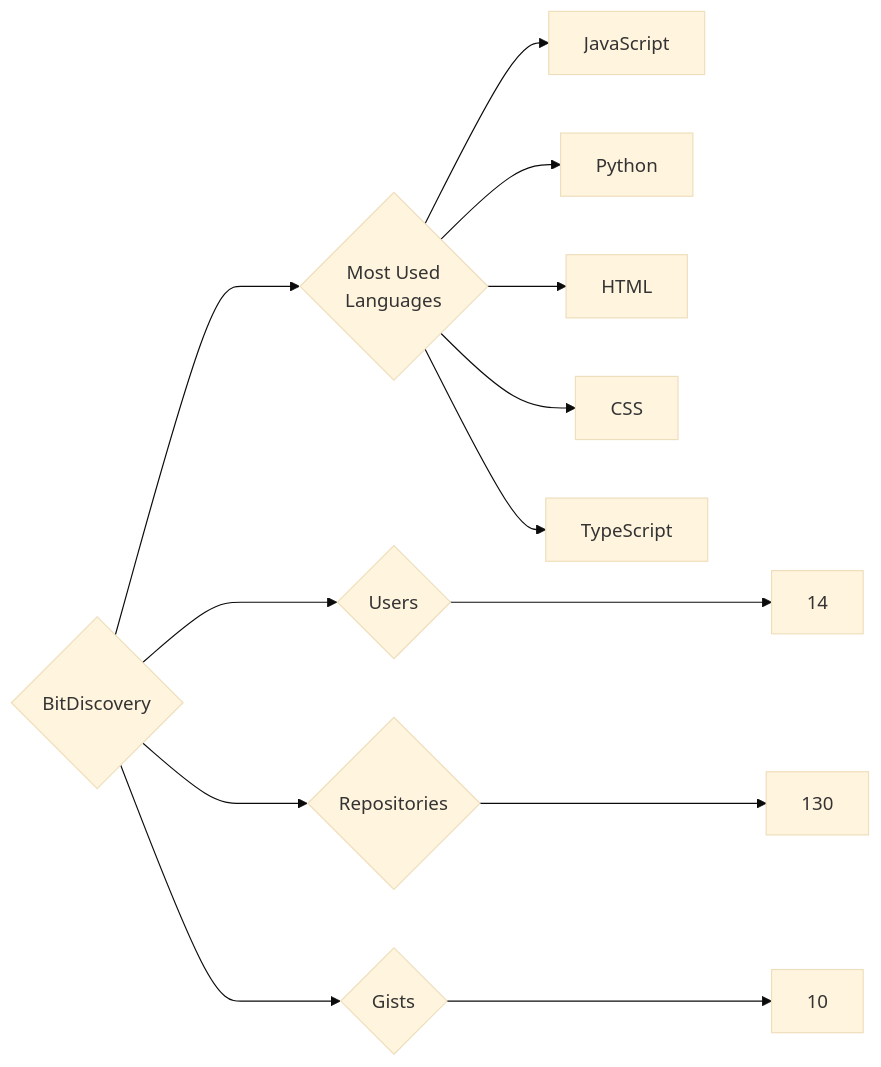
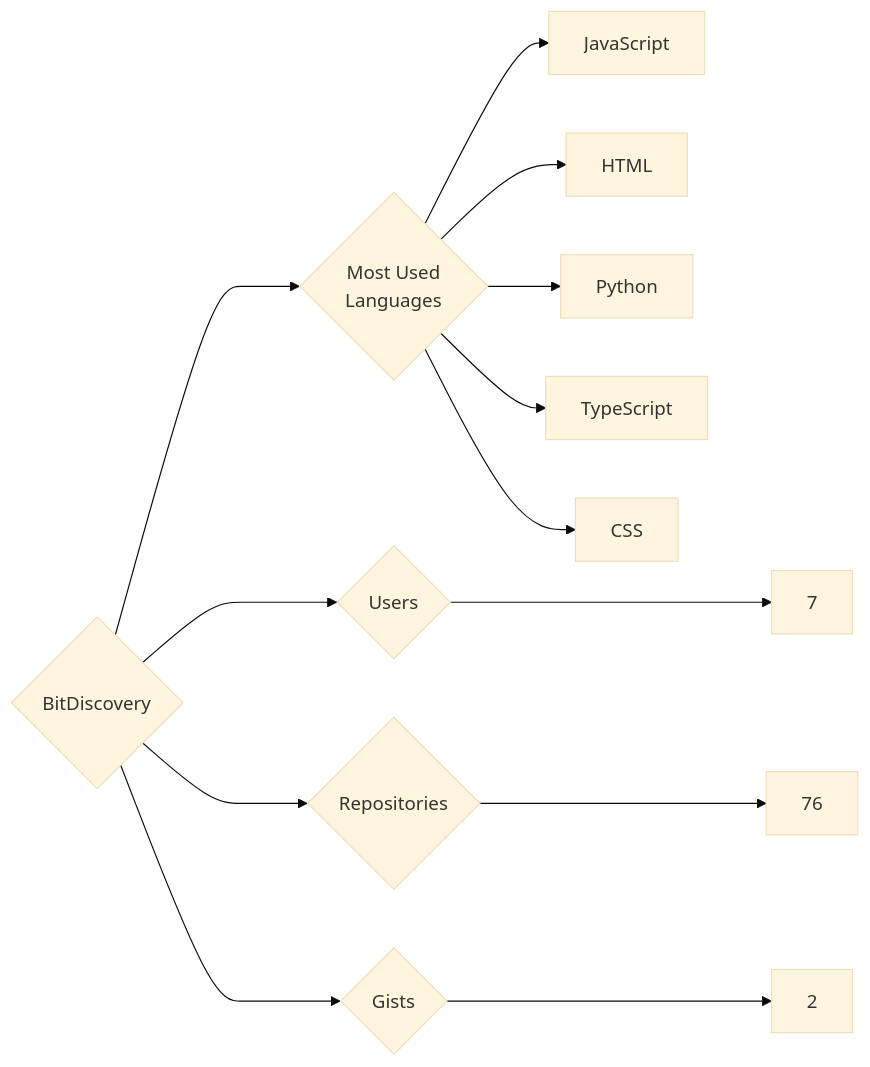
One commit to trickest/insiders changed the diagram in targets/BitDiscovery/README.md. Above: the diagram before and after it, drawn with Mermaid (base theme). The commit also changed 1238 other files, not shown here.

````diff
--- a/targets/BitDiscovery/README.md
+++ b/targets/BitDiscovery/README.md
@@ -3,13 +3,13 @@
 ```mermaid
 graph LR
 COMPANY_NAME{BitDiscovery}
-COMPANY_NAME ---> U{Users} ---> UN[14]
-COMPANY_NAME ---> R{Repositories} ---> RN[130]
-COMPANY_NAME ---> G{Gists} ---> GN[10]
+COMPANY_NAME ---> U{Users} ---> UN[7]
+COMPANY_NAME ---> R{Repositories} ---> RN[76]
+COMPANY_NAME ---> G{Gists} ---> GN[2]
 COMPANY_NAME ---> ML{Most Used<br>Languages}
 ML --> JavaScript[JavaScript]
+ML --> HTML[HTML]
 ML --> Python[Python]
-ML --> HTML[HTML]
+ML --> TypeScript[TypeScript]
 ML --> CSS[CSS]
-ML --> TypeScript[TypeScript]
 ```
````
